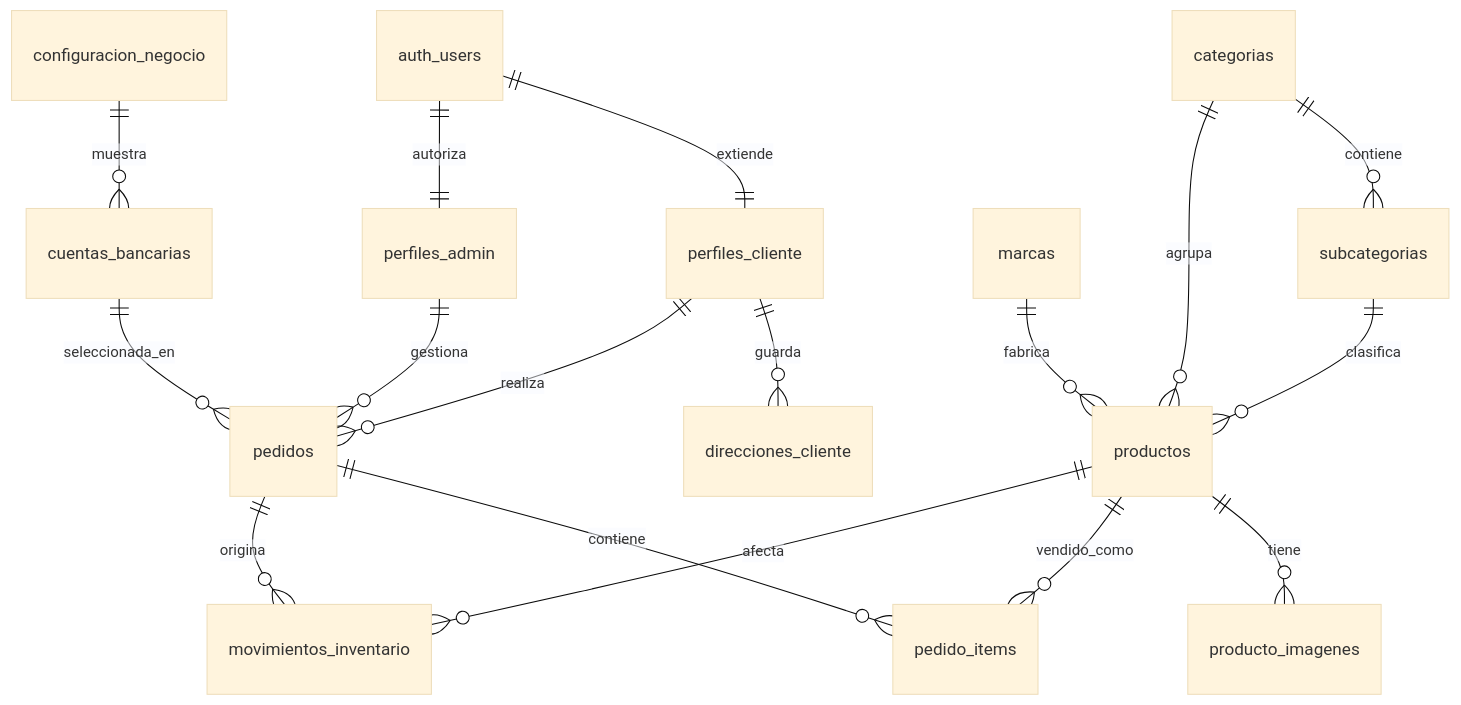
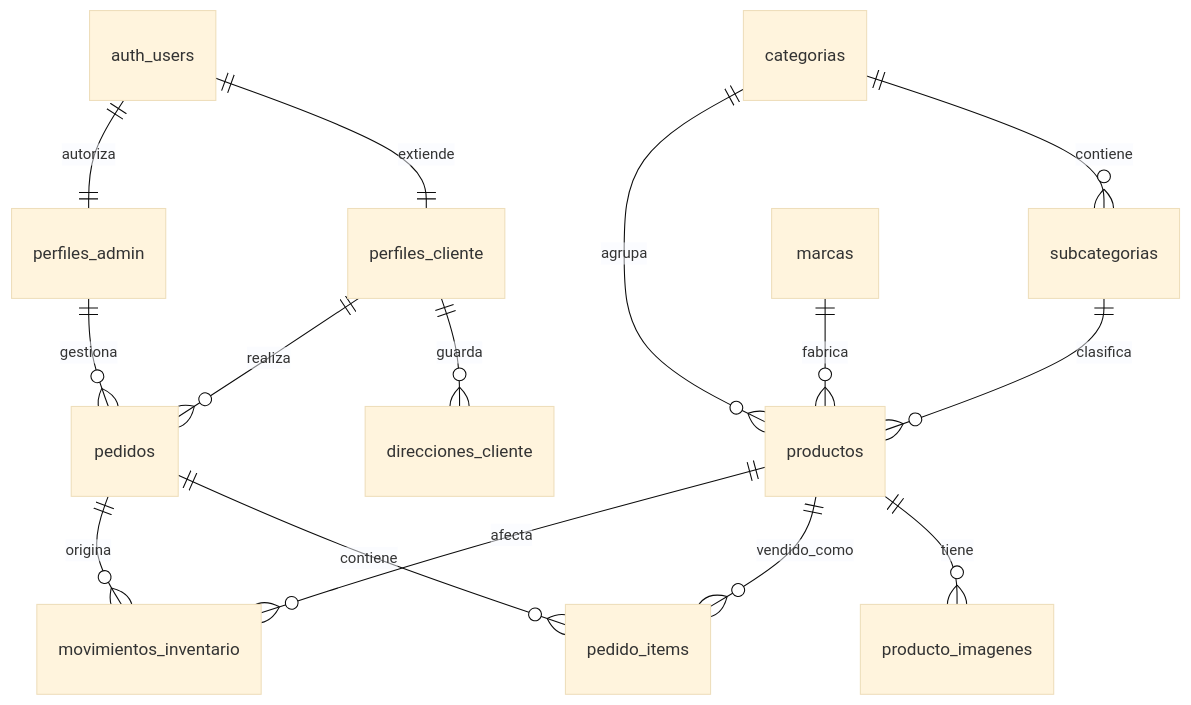
One commit to deylleranchundiaalcivar34-stack/pesca-con-fe changed the diagram in docs/MODELO-DB.md. Above: the diagram before and after it, drawn with Mermaid (base theme). The commit also changed other lines of this file and 31 other files, not shown here.

````diff
--- a/docs/MODELO-DB.md
+++ b/docs/MODELO-DB.md
@@ -24,19 +24,17 @@
 ```mermaid
 erDiagram
   auth_users ||--|| perfiles_cliente : extiende
   auth_users ||--|| perfiles_admin : autoriza
   perfiles_cliente ||--o{ direcciones_cliente : guarda
   perfiles_cliente ||--o{ pedidos : realiza
   perfiles_admin ||--o{ pedidos : gestiona
   categorias ||--o{ subcategorias : contiene
   categorias ||--o{ productos : agrupa
   subcategorias ||--o{ productos : clasifica
   marcas ||--o{ productos : fabrica
   productos ||--o{ producto_imagenes : tiene
   productos ||--o{ pedido_items : vendido_como
   pedidos ||--o{ pedido_items : contiene
-  cuentas_bancarias ||--o{ pedidos : seleccionada_en
   productos ||--o{ movimientos_inventario : afecta
   pedidos ||--o{ movimientos_inventario : origina
-  configuracion_negocio ||--o{ cuentas_bancarias : muestra
 ```
````
